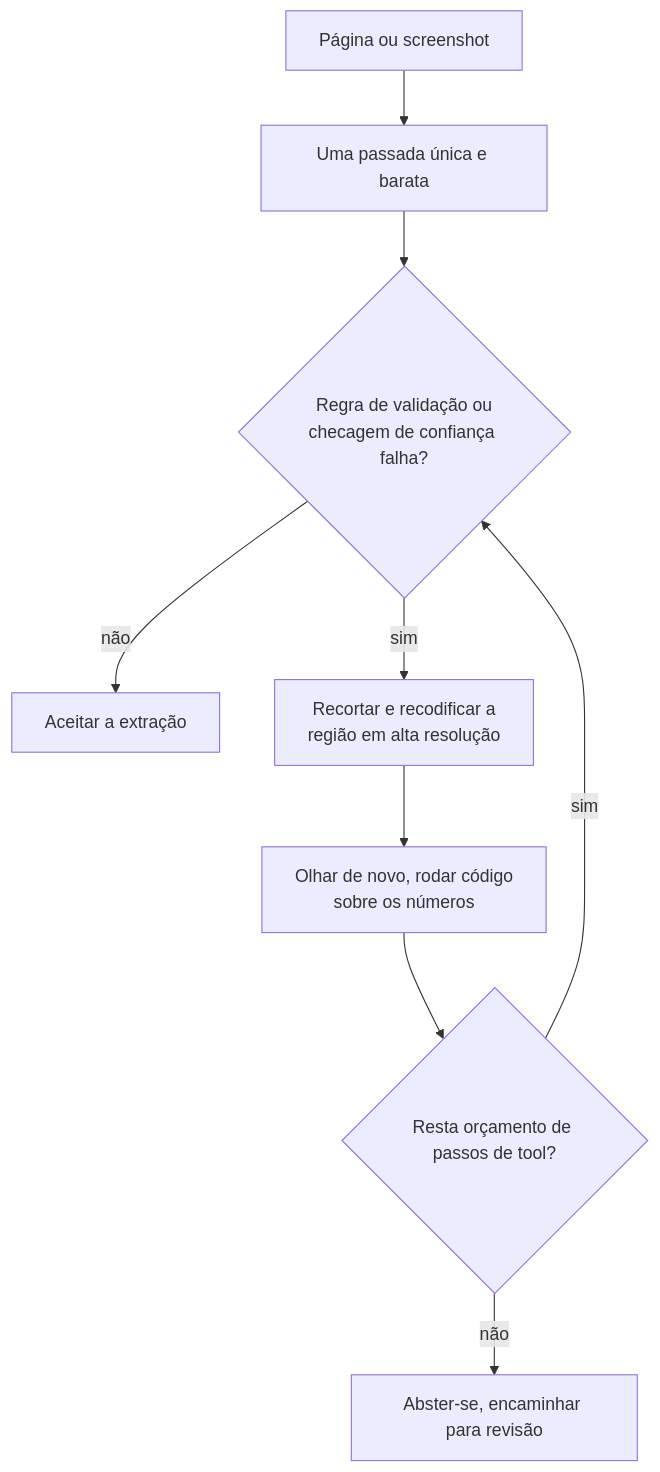
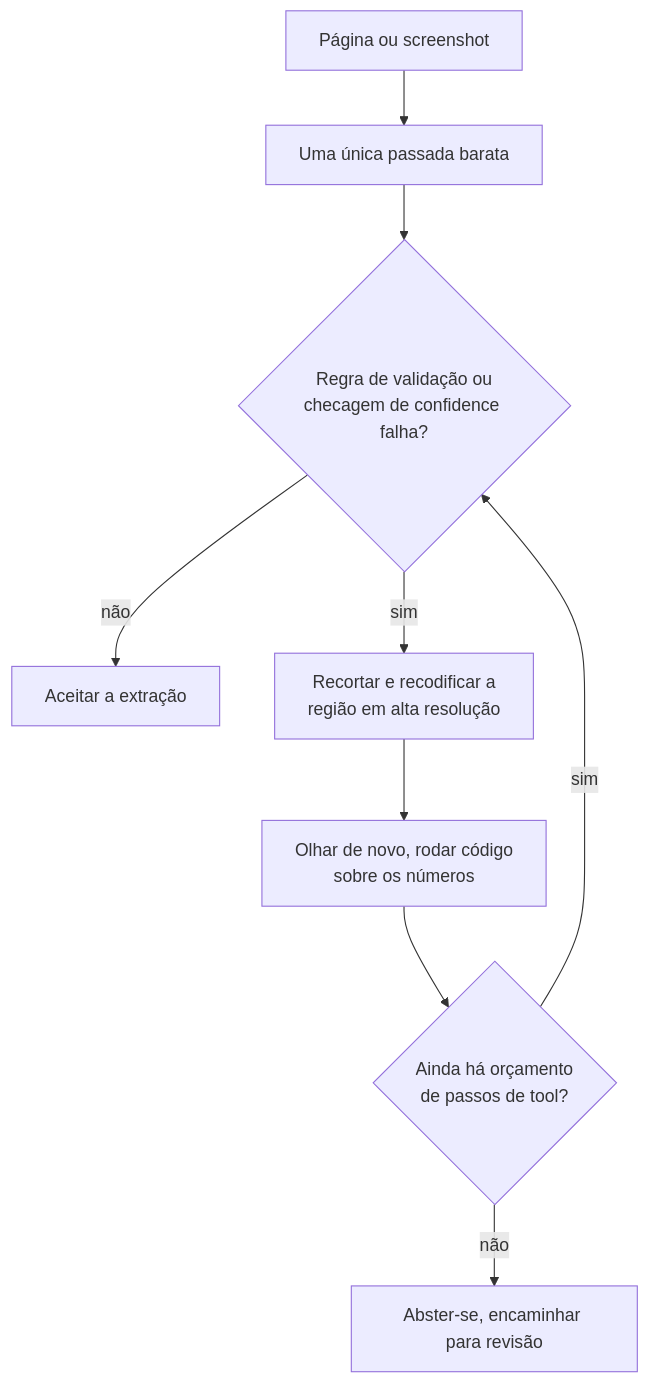
Diagram 17 of 21 in 10-multimodal/questions.pt-BR.md (andrevberaldo/AI-Engineer-Interview-Questions), drawn with Mermaid before and after one commit. The commit also changed other lines of this file and 1 other file, not shown here.

````diff
--- a/10-multimodal/questions.pt-BR.md
+++ b/10-multimodal/questions.pt-BR.md
@@ -871,11 +871,11 @@
 ```mermaid
 flowchart TD
-    A["Página ou screenshot"] --> B["Uma passada única e barata"]
-    B --> C{"Regra de validação ou<br/>checagem de confiança falha?"}
+    A["Página ou screenshot"] --> B["Uma única passada barata"]
+    B --> C{"Regra de validação ou<br/>checagem de confidence falha?"}
     C -->|"não"| D["Aceitar a extração"]
     C -->|"sim"| E["Recortar e recodificar a<br/>região em alta resolução"]
     E --> F["Olhar de novo, rodar código<br/>sobre os números"]
-    F --> G{"Resta orçamento de passos de tool?"}
+    F --> G{"Ainda há orçamento<br/>de passos de tool?"}
     G -->|"sim"| C
     G -->|"não"| H["Abster-se, encaminhar para revisão"]
 ```
````
